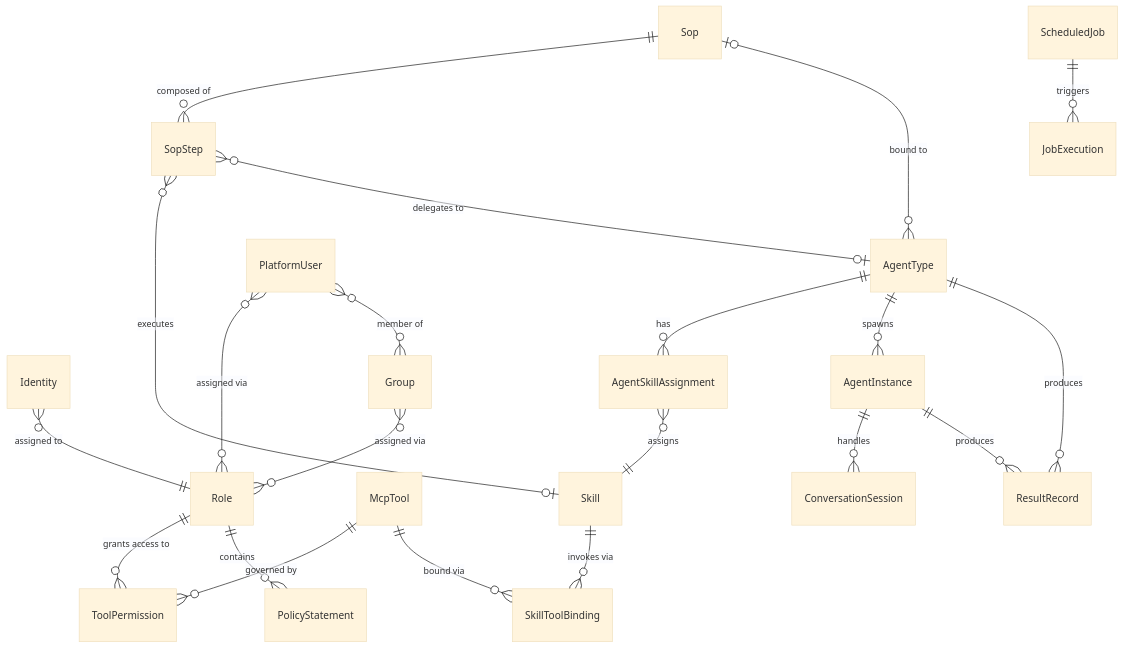
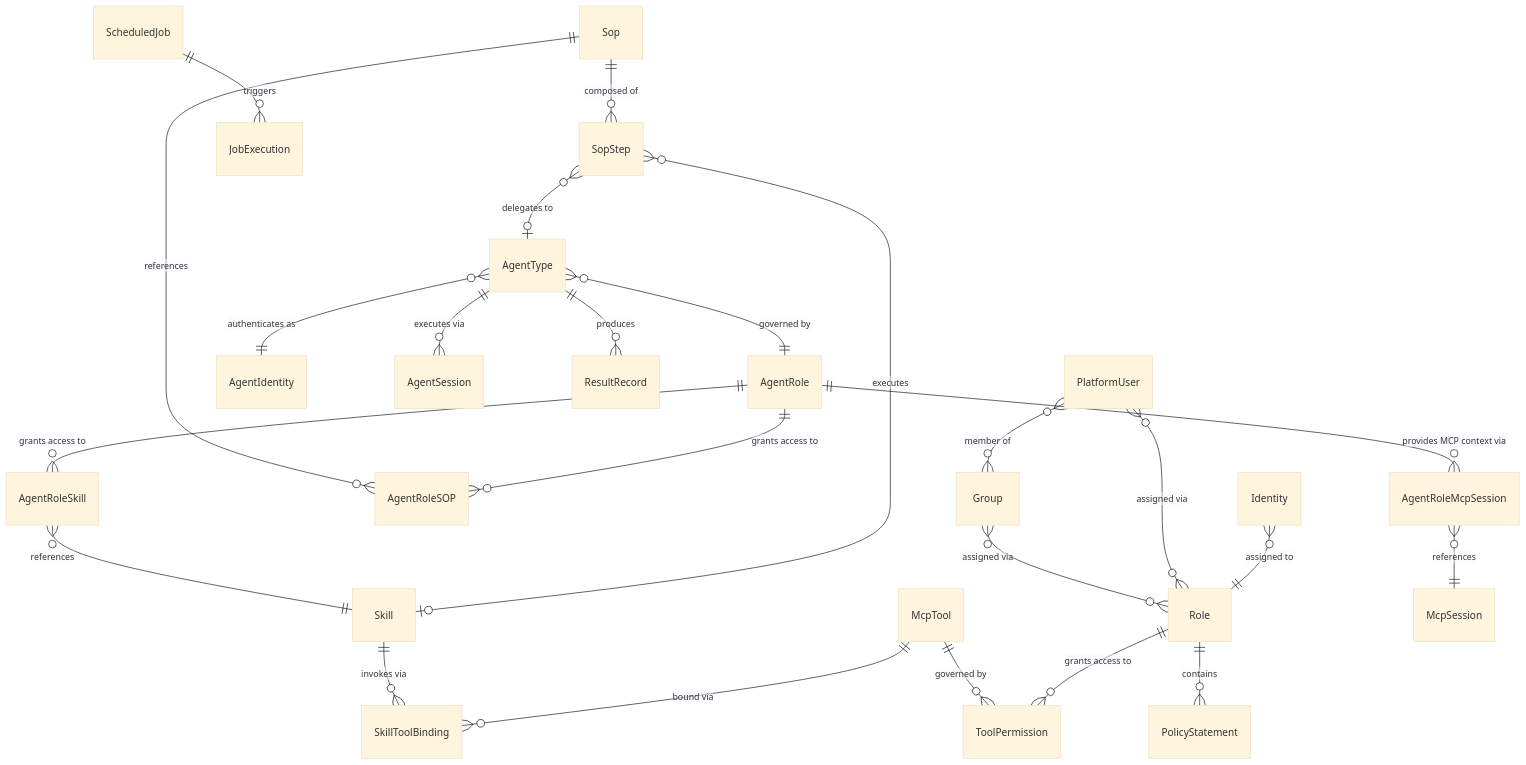
Before and after one commit to hurungang/parthenon: the eighth of 8 diagrams in docs/master/data-model/overview.md, drawn with Mermaid (base theme). The commit also changed other lines of this file and 175 other files, not shown here.

````diff
--- a/docs/master/data-model/overview.md
+++ b/docs/master/data-model/overview.md
@@ -420,23 +497,26 @@
 ```mermaid
 erDiagram
     Identity }o--|| Role : "assigned to"
     Role ||--o{ ToolPermission : "grants access to"
     McpTool ||--o{ ToolPermission : "governed by"
     McpTool ||--o{ SkillToolBinding : "bound via"
     Skill ||--o{ SkillToolBinding : "invokes via"
     Sop ||--o{ SopStep : "composed of"
     SopStep }o--o| Skill : "executes"
     SopStep }o--o| AgentType : "delegates to"
-    AgentType }o--o| Sop : "bound to"
-    AgentType ||--o{ AgentSkillAssignment : "has"
-    AgentSkillAssignment }o--|| Skill : "assigns"
-    AgentType ||--o{ AgentInstance : "spawns"
-    AgentInstance ||--o{ ConversationSession : "handles"
+    AgentType }o--|| AgentRole : "governed by"
+    AgentRole ||--o{ AgentRoleSOP : "grants access to"
+    AgentRoleSOP }o--|| Sop : "references"
+    AgentRole ||--o{ AgentRoleSkill : "grants access to"
+    AgentRoleSkill }o--|| Skill : "references"
+    AgentRole ||--o{ AgentRoleMcpSession : "provides MCP context via"
+    AgentRoleMcpSession }o--|| McpSession : "references"
+    AgentType }o--|| AgentIdentity : "authenticates as"
+    AgentType ||--o{ AgentSession : "executes via"
     AgentType ||--o{ ResultRecord : "produces"
-    AgentInstance ||--o{ ResultRecord : "produces"
     ScheduledJob ||--o{ JobExecution : "triggers"
     Role ||--o{ PolicyStatement : "contains"
     PlatformUser }o--o{ Role : "assigned via"
     PlatformUser }o--o{ Group : "member of"
     Group }o--o{ Role : "assigned via"
 ```
````
